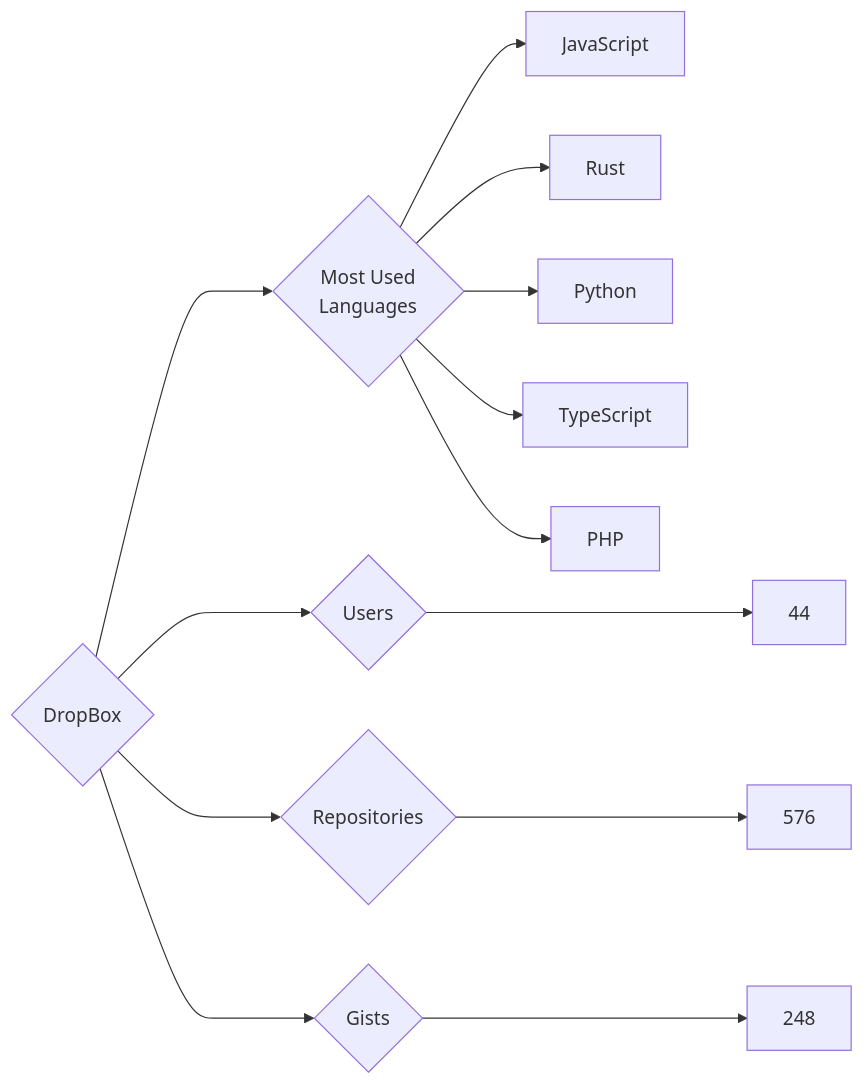
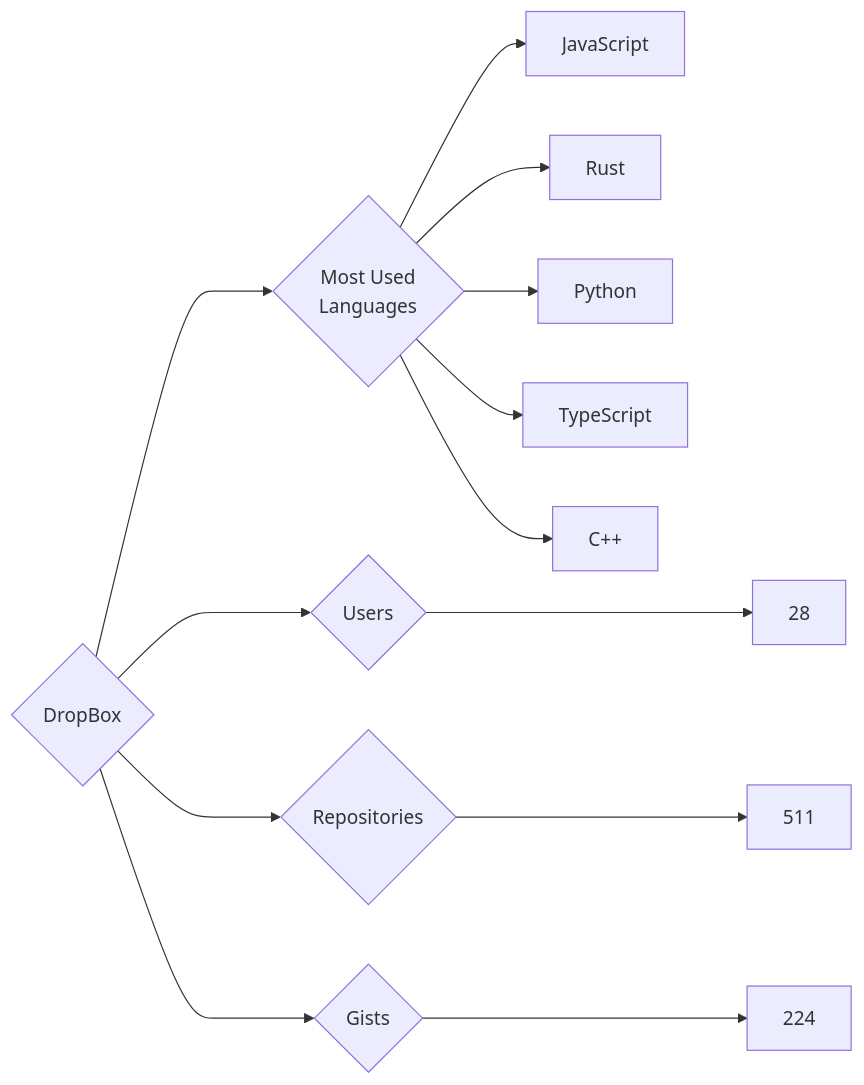
Before and after one commit to trickest/insiders: the diagram in targets/DropBox/README.md, drawn with Mermaid. The commit also changed 569 other files, not shown here.

````diff
--- a/targets/DropBox/README.md
+++ b/targets/DropBox/README.md
@@ -3,13 +3,13 @@
 ```mermaid
 graph LR
 COMPANY_NAME{DropBox}
-COMPANY_NAME ---> U{Users} ---> UN[44]
-COMPANY_NAME ---> R{Repositories} ---> RN[576]
-COMPANY_NAME ---> G{Gists} ---> GN[248]
+COMPANY_NAME ---> U{Users} ---> UN[28]
+COMPANY_NAME ---> R{Repositories} ---> RN[511]
+COMPANY_NAME ---> G{Gists} ---> GN[224]
 COMPANY_NAME ---> ML{Most Used<br>Languages}
 ML --> JavaScript[JavaScript]
 ML --> Rust[Rust]
 ML --> Python[Python]
 ML --> TypeScript[TypeScript]
-ML --> PHP[PHP]
+ML --> C++[C++]
 ```
````
